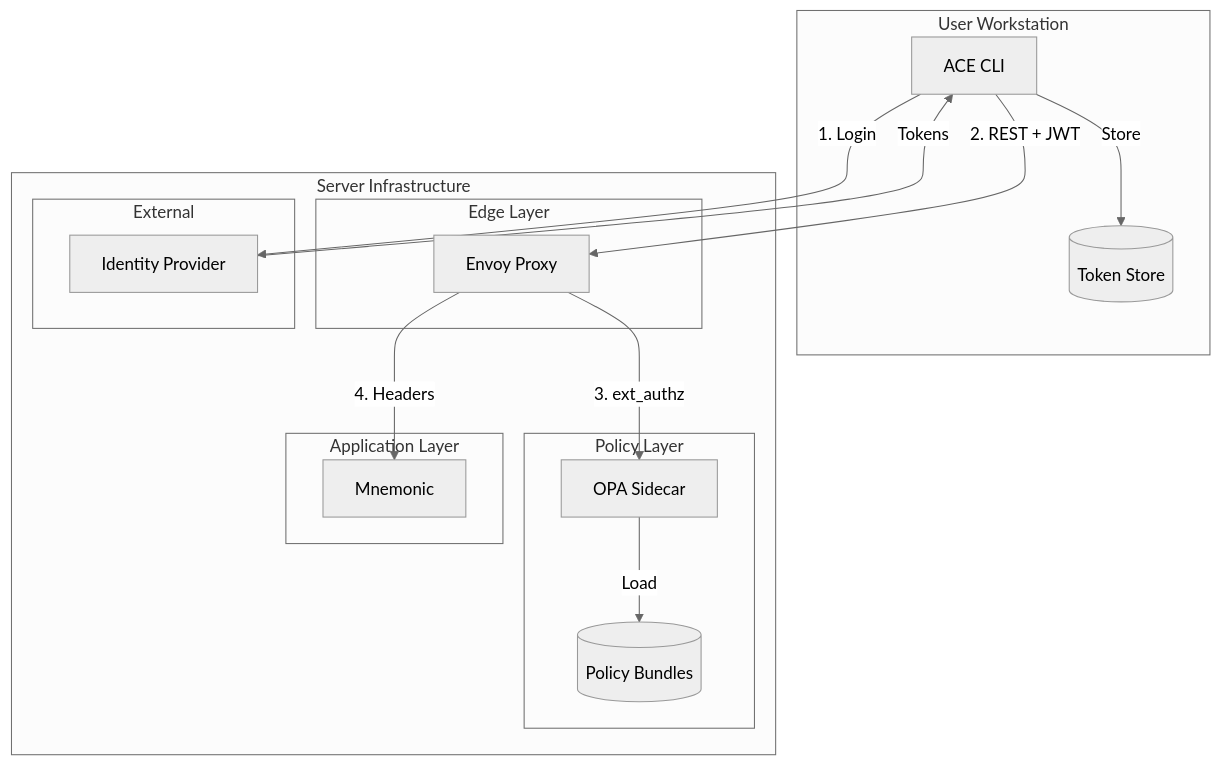
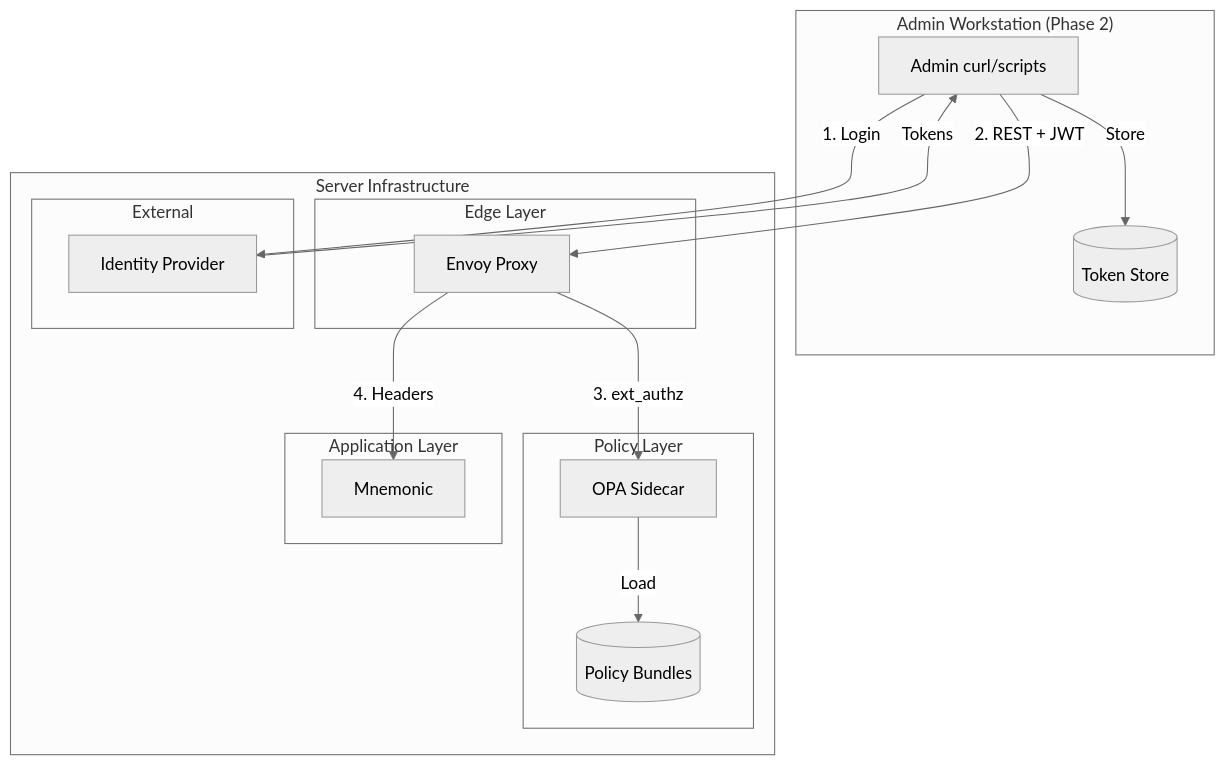
Before and after one commit to twistingmercury/mnemonic-mcp: the first of 10 diagrams in docs/architecture/06-security-architecture.md, drawn with Mermaid (neutral theme). The commit also changed other lines of this file and 63 other files, not shown here.

````diff
--- a/docs/architecture/06-security-architecture.md
+++ b/docs/architecture/06-security-architecture.md
@@ -47,34 +54,34 @@
 ```mermaid
 graph TB
-    subgraph "User Workstation"
-        CLI[ACE CLI]
+    subgraph "Admin Workstation (Phase 2)"
+        ADMIN[Admin curl/scripts]
         STORE[(Token Store)]
     end
 
     subgraph "Server Infrastructure"
         subgraph "Edge Layer"
             ENV[Envoy Proxy]
         end
 
         subgraph "Policy Layer"
             OPA[OPA Sidecar]
             BUNDLE[(Policy Bundles)]
         end
 
         subgraph "Application Layer"
             MN[Mnemonic]
         end
 
         subgraph "External"
             IDP[Identity Provider]
         end
     end
 
-    CLI -->|"1. Login"| IDP
-    IDP -->|"Tokens"| CLI
-    CLI -->|"Store"| STORE
-    CLI -->|"2. REST + JWT"| ENV
+    ADMIN -->|"1. Login"| IDP
+    IDP -->|"Tokens"| ADMIN
+    ADMIN -->|"Store"| STORE
+    ADMIN -->|"2. REST + JWT"| ENV
     ENV -->|"3. ext_authz"| OPA
     OPA -->|"Load"| BUNDLE
     ENV -->|"4. Headers"| MN
 ```
````
